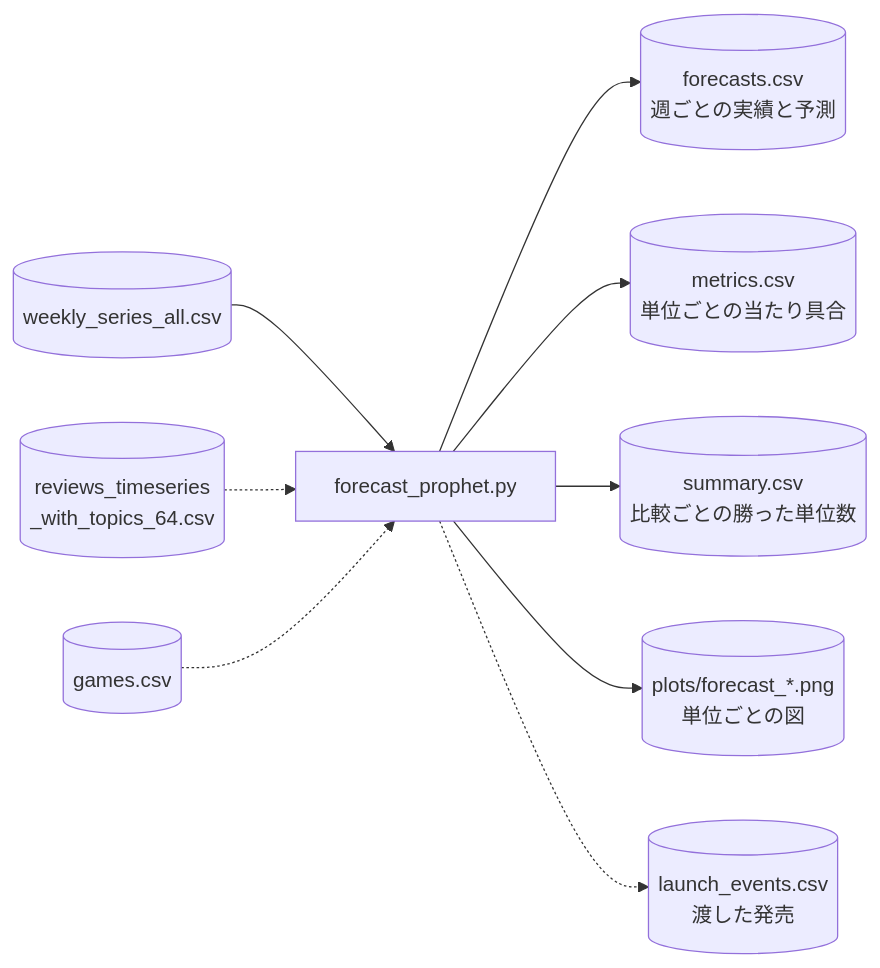
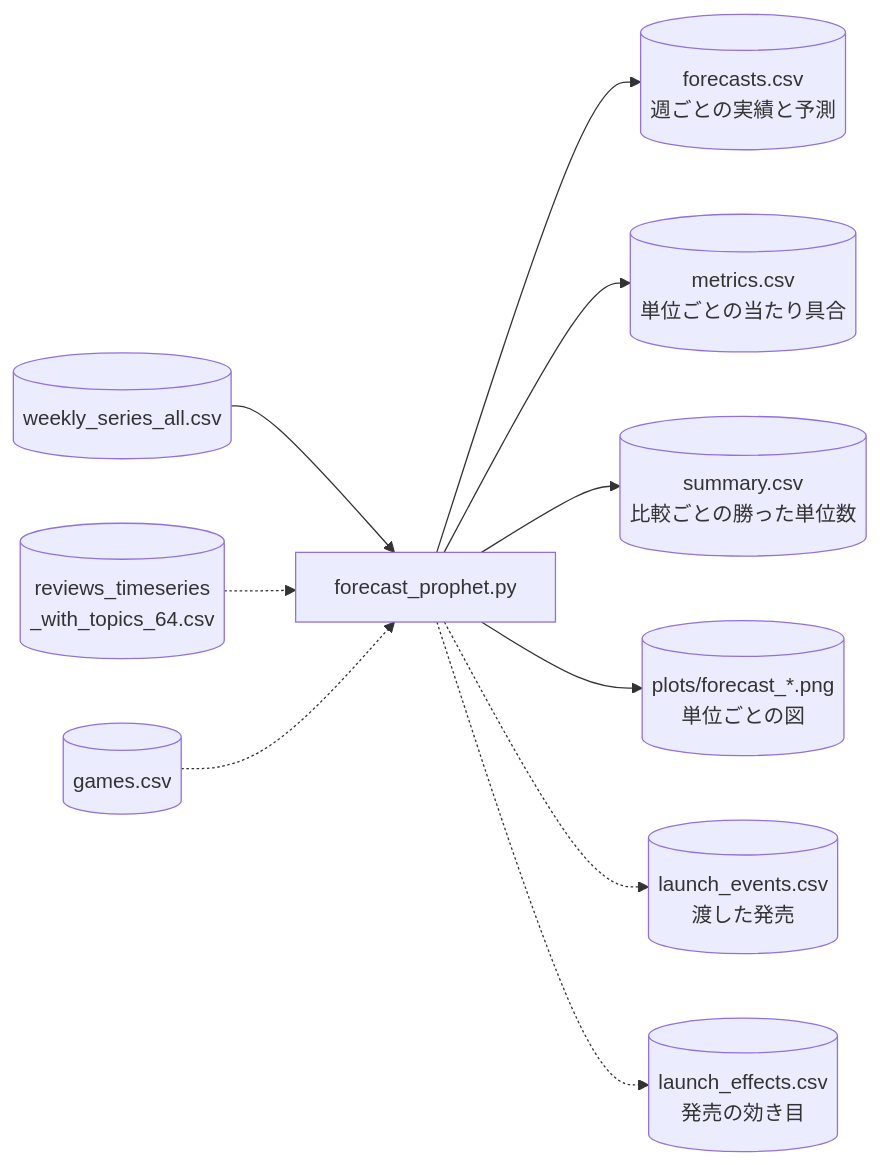
The tenth of 15 diagrams in scripts/README.md (rindguitar/game-demand-forecast), drawn with Mermaid before and after one commit. The commit also changed other lines of this file and 8 other files, not shown here.

````diff
--- a/scripts/README.md
+++ b/scripts/README.md
@@ -395,11 +396,12 @@
 ```mermaid
 flowchart LR
     W[("weekly_series_all.csv")] --> F["forecast_prophet.py"]
     R[("reviews_timeseries<br/>_with_topics_64.csv")] -.-> F
     G[("games.csv")] -.-> F
     F --> FC[("forecasts.csv<br/>週ごとの実績と予測")]
     F --> MT[("metrics.csv<br/>単位ごとの当たり具合")]
     F --> SM[("summary.csv<br/>比較ごとの勝った単位数")]
     F --> PL[("plots/forecast_*.png<br/>単位ごとの図")]
     F -.-> LE[("launch_events.csv<br/>渡した発売")]
+    F -.-> LF[("launch_effects.csv<br/>発売の効き目")]
 ```
````
